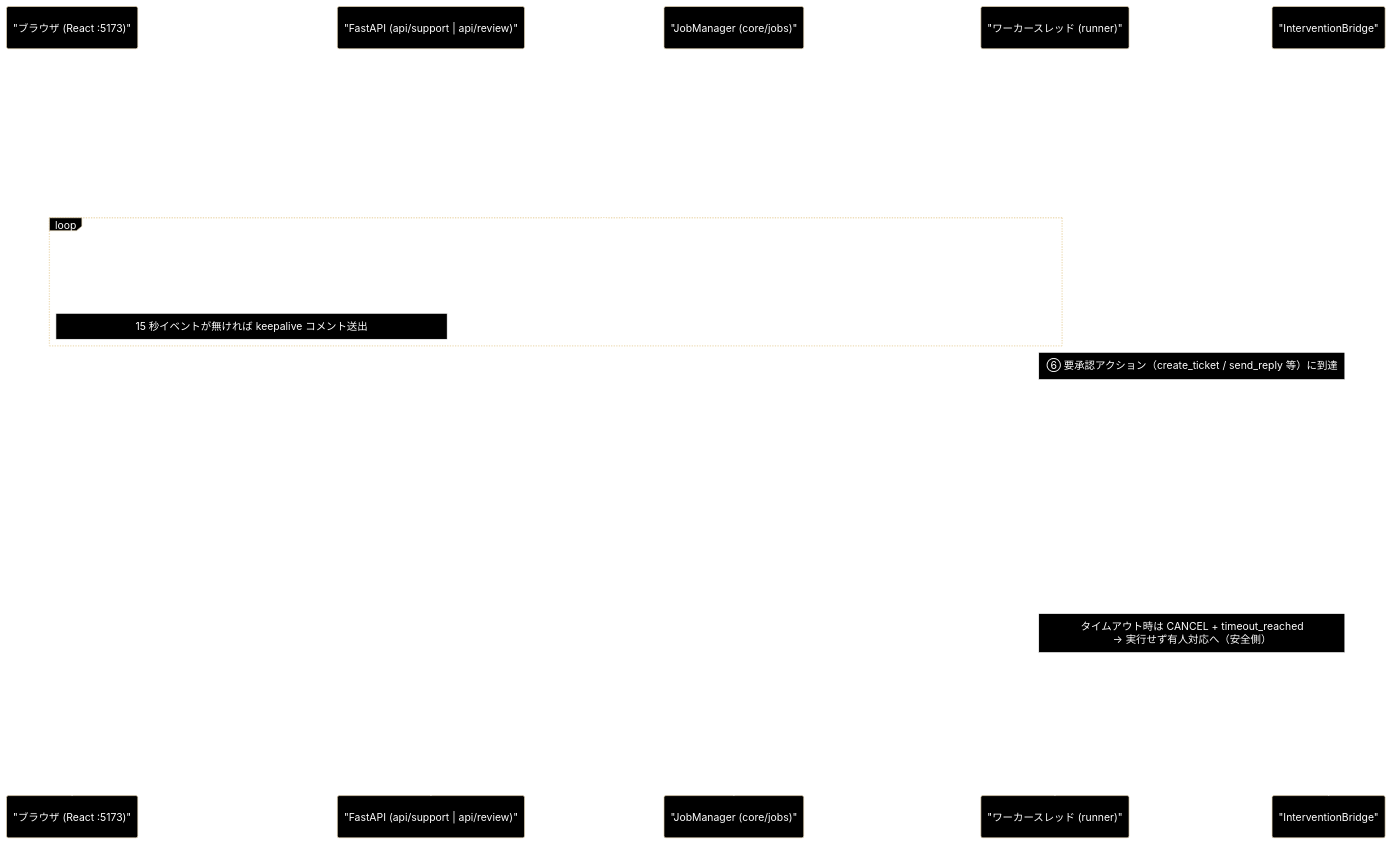
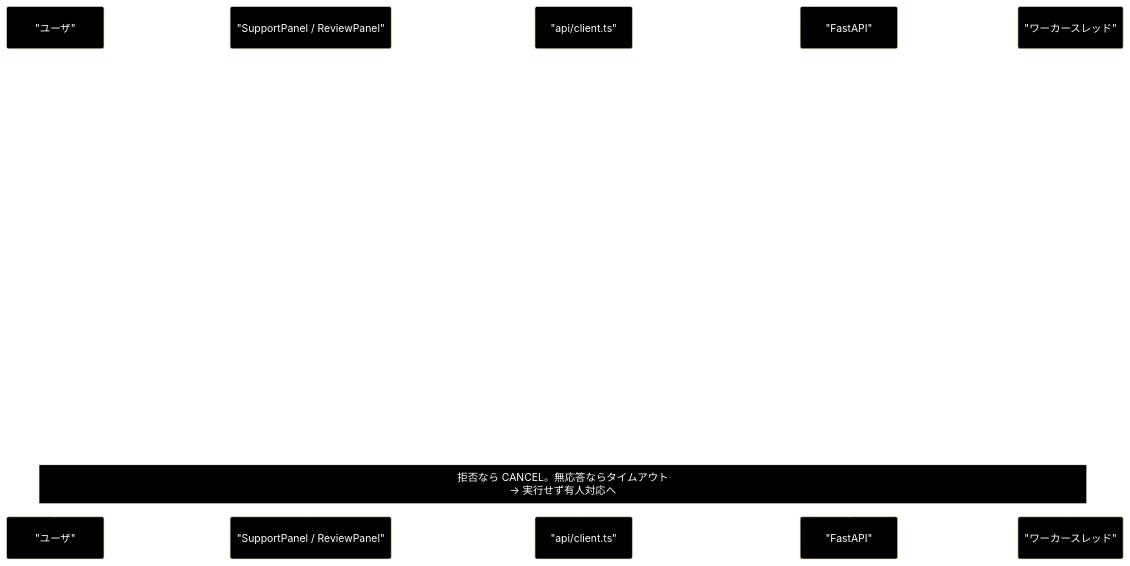
One commit to nakashima2toshio/grace_v2 changed the fourth of 5 diagrams in README.md. Above: the diagram before and after it, drawn with Mermaid. The commit also changed other lines of this file, not shown here.

````diff
--- a/README.md
+++ b/README.md
@@ -393,41 +647,28 @@
 ```mermaid
 %%{ init: { "theme": "base", "themeVariables": {
   "background": "#000000", "mainBkg": "#000000",
   "textColor": "#ffffff", "lineColor": "#ffffff",
   "actorBkg": "#000000", "actorTextColor": "#ffffff",
   "actorLineColor": "#ffffff", "noteBkgColor": "#000000",
   "noteTextColor": "#ffffff", "noteBorderColor": "#ffffff" } } }%%
 sequenceDiagram
-    participant B as "ブラウザ (React :5173)"
-    participant A as "FastAPI (api/support | api/review)"
-    participant J as "JobManager (core/jobs)"
-    participant W as "ワーカースレッド (runner)"
-    participant BR as "InterventionBridge"
+    participant U as "ユーザ"
+    participant P as "SupportPanel / ReviewPanel"
+    participant C as "api/client.ts"
+    participant A as "FastAPI"
+    participant W as "ワーカースレッド"
 
-    B->>A: POST /api/support/query {query, vertical, ...}
-    A->>J: start(JobParams) — params 型で runner を解決
-    J->>W: スレッド起動（emit=job.emit, confirm=bridge.resolver）
-    A-->>B: 202 Accepted {job_id, stream_url}
-
-    B->>A: GET /api/support/stream/{job_id}（SSE 接続）
-    loop パイプライン進行（①〜⑥）
-        W->>J: emit(SupportEvent) → events に蓄積（seq, ts 付与）
-        A-->>B: data: {seq, ts, type: step/log, ...}
-        Note over A,B: 15 秒イベントが無ければ keepalive コメント送出
-    end
-
-    Note over W,BR: ⑥ 要承認アクション（create_ticket / send_reply 等）に到達
-    W->>BR: resolver(request) — 応答が来るまでブロック
-    BR->>J: emit(intervention, status=waiting, intervention_id)
-    A-->>B: data: {type: intervention} → CONFIRM モーダル表示
-    B->>A: POST /api/support/confirm/{job_id} {intervention_id, approve}
-    A->>J: confirm() → bridge.resolve(intervention_id, approve)
-    J-->>BR: threading.Event で応答注入
-    BR-->>W: InterventionResponse（PROCEED / CANCEL）
-    Note over BR,W: タイムアウト時は CANCEL + timeout_reached<br>→ 実行せず有人対応へ（安全側）
-
-    W->>J: emit(result, data=SupportResult) → finish(completed)
-    A-->>B: data: {type: result} → data: {type: done, status}
-    B->>A: GET /api/support/result/{job_id}（ポーリング用フォールバック）
-    A-->>B: {job_id, status, result: SupportResultModel}
+    W->>A: 要承認アクションに到達（ブロック）
+    A-->>C: SSE: {type:"intervention", status:"waiting"}
+    C->>P: dispatch({type:'event'})
+    P->>U: ConfirmModal を表示（state.intervention）
+    U->>P: 「承認して実行」を押す
+    P->>C: confirmIntervention(jobId, interventionId, true)
+    C->>A: POST /api/{support|review}/confirm/{job_id}
+    A->>W: bridge.resolve() → PROCEED
+    P->>P: dispatch({type:'confirm_sent'}) → モーダルを閉じる
+    W->>A: アクション実行 → result イベント
+    A-->>C: SSE: {type:"result"} → {type:"done"}
+    C->>P: 結果を描画
+    Note over U,W: 拒否なら CANCEL。無応答ならタイムアウト<br>→ 実行せず有人対応へ
 ```
````
